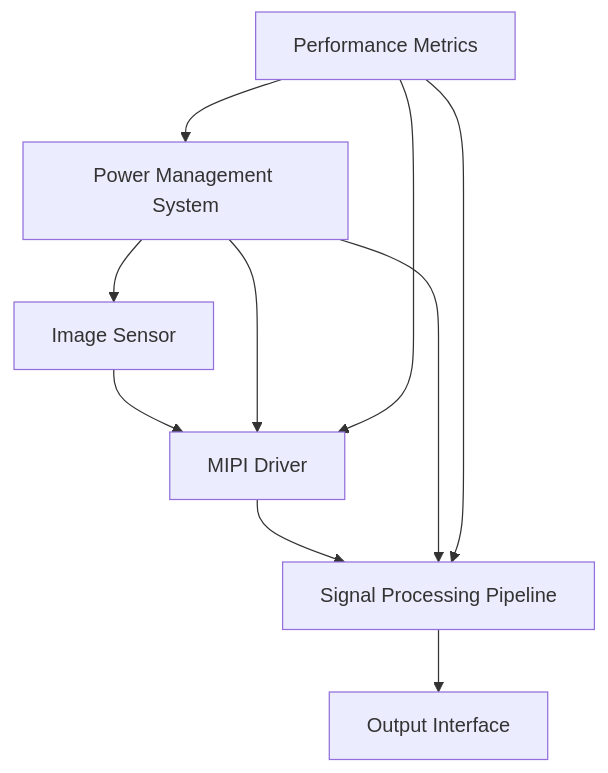
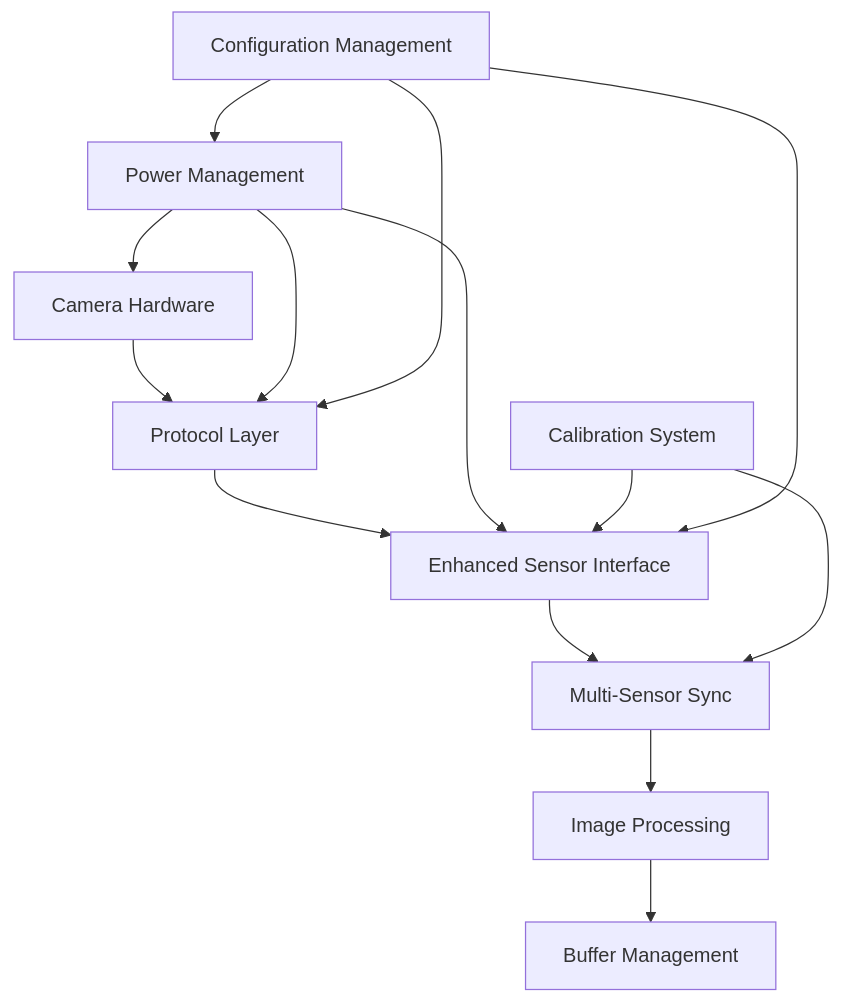
One commit to muditbhargava66/Advanced-Image-Sensor-Interface changed the diagram in docs/design_specs.md. Above: the diagram before and after it, drawn with Mermaid. The commit also changed other lines of this file and 112 other files, not shown here.

First line of the commit message:
feat: Advanced Image Sensor Interface v2.0.0 - Multi-Protocol Camera Framework

````diff
--- a/docs/design_specs.md
+++ b/docs/design_specs.md
@@ -20,12 +22,16 @@
 ```mermaid
 graph TD
-    A[Image Sensor] --> B[MIPI Driver]
-    B --> C[Signal Processing Pipeline]
-    C --> D[Output Interface]
-    E[Power Management System] --> A
-    E --> B
-    E --> C
-    F[Performance Metrics] --> B
-    F --> C
-    F --> E
+    A[Camera Hardware] --> B[Protocol Layer]
+    B --> C[Enhanced Sensor Interface]
+    C --> D[Multi-Sensor Sync]
+    D --> E[Image Processing]
+    E --> F[Buffer Management]
+    G[Power Management] --> A
+    G --> B
+    G --> C
+    H[Calibration System] --> C
+    H --> D
+    I[Configuration Management] --> B
+    I --> C
+    I --> G
 ```
````
